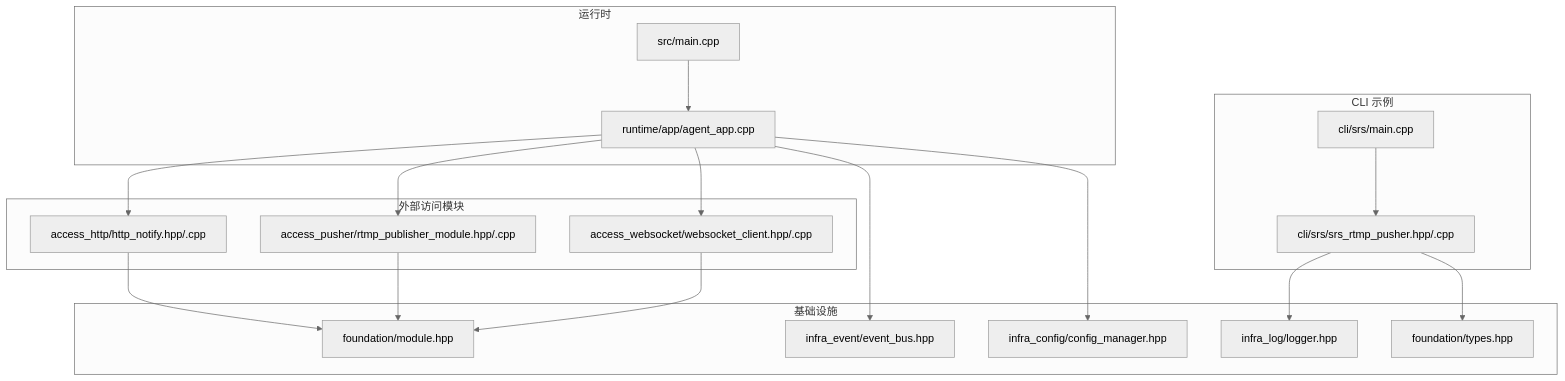
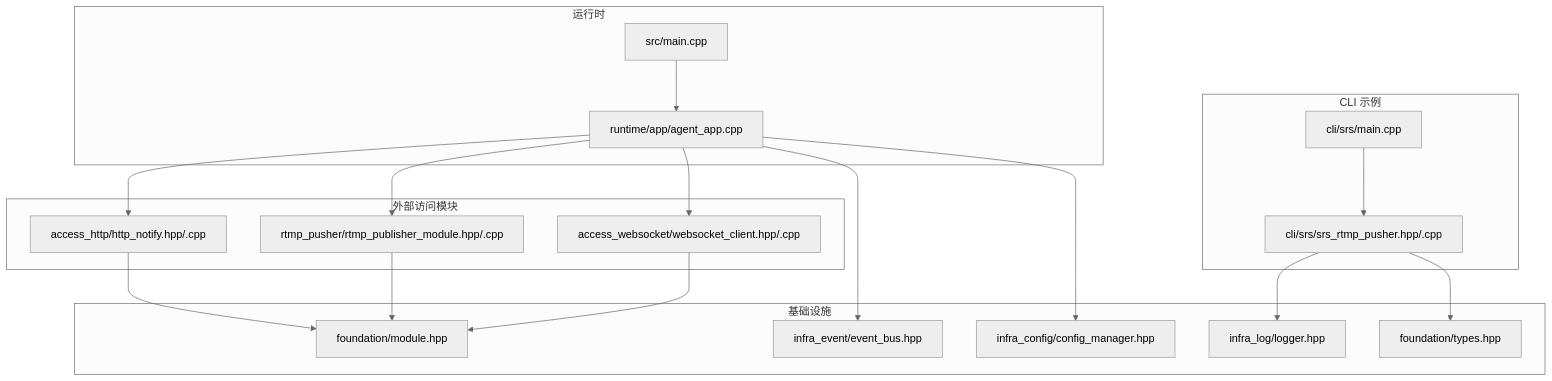
One commit to tsxuehu/pi-guard changed the first of 7 diagrams in .qoder/repowiki/zh/content/C++ 代理程序/外部访问模块.md. Above: the diagram before and after it, drawn with Mermaid (neutral theme). The commit also changed other lines of this file and 7 other files, not shown here.

````diff
--- a/.qoder/repowiki/zh/content/C++ 代理程序/外部访问模块.md
+++ b/.qoder/repowiki/zh/content/C++ 代理程序/外部访问模块.md
@@ -51,35 +51,35 @@
 ```mermaid
 graph TB
 subgraph "基础设施"
 M["foundation/module.hpp"]
 T["foundation/types.hpp"]
 EB["infra_event/event_bus.hpp"]
 CFG["infra_config/config_manager.hpp"]
 LOG["infra_log/logger.hpp"]
 end
 subgraph "外部访问模块"
 HTTP["access_http/http_notify.hpp/.cpp"]
-RTMP["access_pusher/rtmp_publisher_module.hpp/.cpp"]
+RTMP["rtmp_pusher/rtmp_publisher_module.hpp/.cpp"]
 WS["access_websocket/websocket_client.hpp/.cpp"]
 end
 subgraph "CLI 示例"
 SRSP["cli/srs/srs_rtmp_pusher.hpp/.cpp"]
 SRSM["cli/srs/main.cpp"]
 end
 subgraph "运行时"
 APP["runtime/app/agent_app.cpp"]
 MAIN["src/main.cpp"]
 end
 APP --> HTTP
 APP --> RTMP
 APP --> WS
 HTTP --> M
 RTMP --> M
 WS --> M
 SRSP --> LOG
 SRSP --> T
 SRSM --> SRSP
 APP --> EB
 APP --> CFG
 MAIN --> APP
 ```
````
